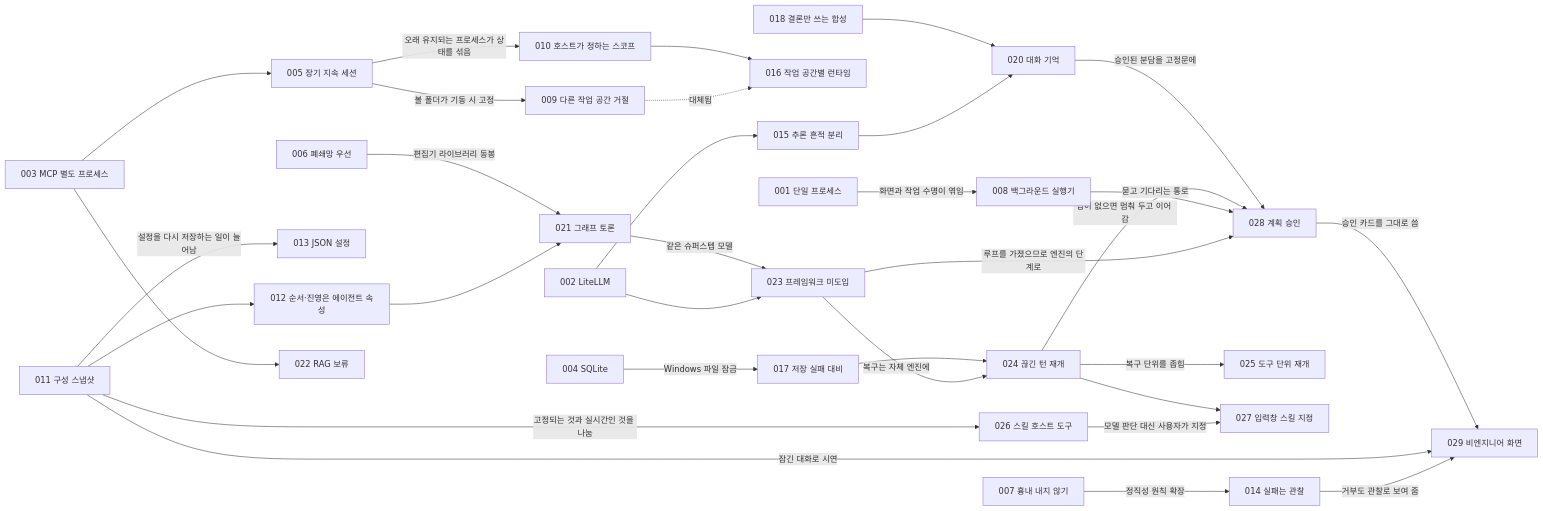
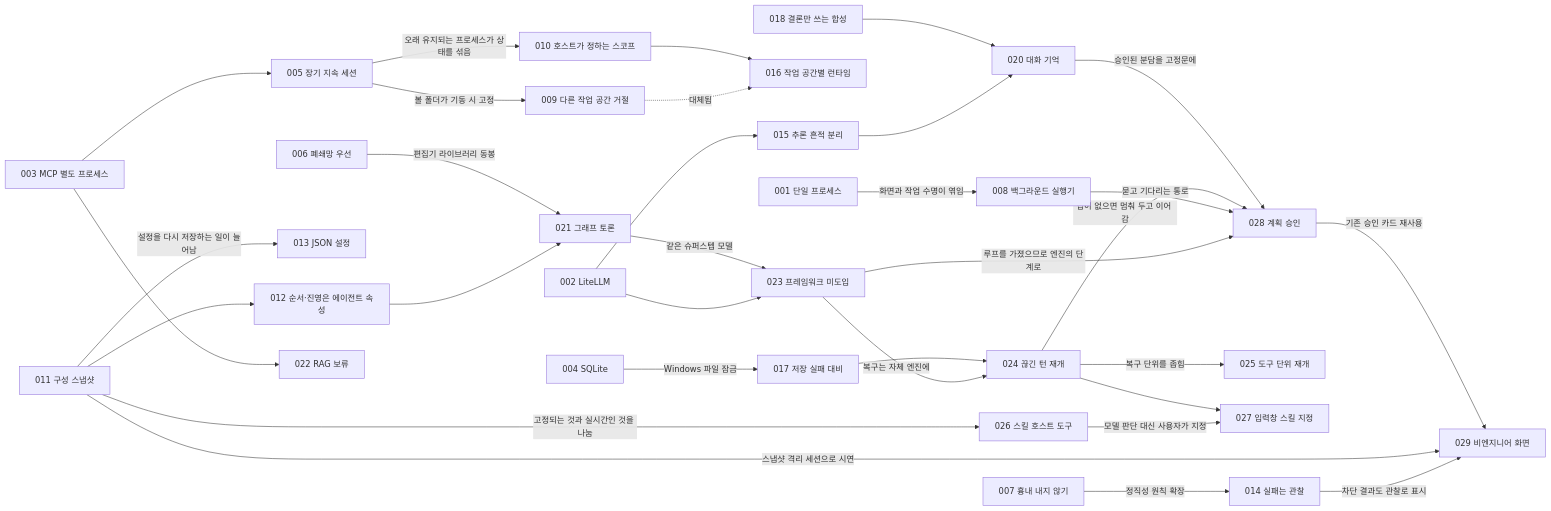
One commit to HaJaehee/MultiAgentDebateAndOrchestrationPlatform changed the diagram in lectures/05-adr/README.md. Above: the diagram before and after it, drawn with Mermaid. The commit also changed other lines of this file and 19 other files, not shown here.

````diff
--- a/lectures/05-adr/README.md
+++ b/lectures/05-adr/README.md
@@ -74,34 +74,34 @@
 ```mermaid
 flowchart LR
     A001["001 단일 프로세스"] -->|"화면과 작업 수명이 엮임"| A008["008 백그라운드 실행기"]
     A003["003 MCP 별도 프로세스"] --> A005["005 장기 지속 세션"]
     A005 -->|"오래 유지되는 프로세스가 상태를 섞음"| A010["010 호스트가 정하는 스코프"]
     A005 -->|"볼 폴더가 기동 시 고정"| A009["009 다른 작업 공간 거절"]
     A009 -.->|"대체됨"| A016["016 작업 공간별 런타임"]
     A010 --> A016
     A007["007 흉내 내지 않기"] -->|"정직성 원칙 확장"| A014["014 실패는 관찰"]
     A004["004 SQLite"] -->|"Windows 파일 잠금"| A017["017 저장 실패 대비"]
     A011["011 구성 스냅샷"] --> A012["012 순서·진영은 에이전트 속성"]
     A011 -->|"설정을 다시 저장하는 일이 늘어남"| A013["013 JSON 설정"]
     A002["002 LiteLLM"] --> A015["015 추론 흔적 분리"]
     A015 --> A020["020 대화 기억"]
     A018["018 결론만 쓰는 합성"] --> A020
     A012 --> A021["021 그래프 토론"]
     A006["006 폐쇄망 우선"] -->|"편집기 라이브러리 동봉"| A021
     A003 --> A022["022 RAG 보류"]
     A002 --> A023["023 프레임워크 미도입"]
     A021 -->|"같은 슈퍼스텝 모델"| A023
     A023 -->|"복구는 자체 엔진에"| A024["024 끊긴 턴 재개"]
     A017 --> A024
     A024 -->|"복구 단위를 좁힘"| A025["025 도구 단위 재개"]
     A011 -->|"고정되는 것과 실시간인 것을 나눔"| A026["026 스킬 호스트 도구"]
     A026 -->|"모델 판단 대신 사용자가 지정"| A027["027 입력창 스킬 지정"]
     A024 --> A027
     A023 -->|"루프를 가졌으므로 엔진의 단계로"| A028["028 계획 승인"]
     A008 -->|"묻고 기다리는 통로"| A028
     A024 -->|"답이 없으면 멈춰 두고 이어 감"| A028
     A020 -->|"승인된 분담을 고정문에"| A028
-    A014 -->|"거부도 관찰로 보여 줌"| A029["029 비엔지니어 화면"]
-    A011 -->|"잠긴 대화로 시연"| A029
-    A028 -->|"승인 카드를 그대로 씀"| A029
+    A014 -->|"차단 결과도 관찰로 표시"| A029["029 비엔지니어 화면"]
+    A011 -->|"스냅샷 격리 세션으로 시연"| A029
+    A028 -->|"기존 승인 카드 재사용"| A029
 ```
````
